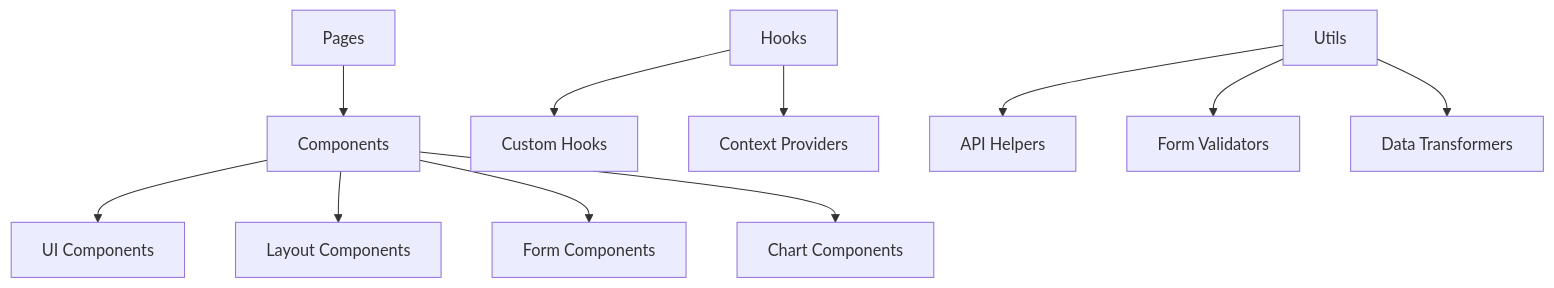
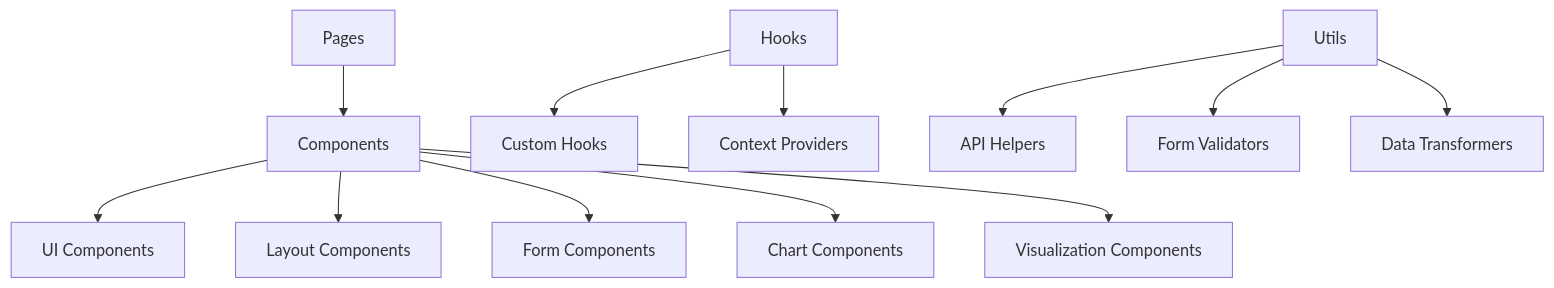
One commit to Skobyn/vercel-fft changed the first of 2 diagrams in memory-bank/systemPatterns.md. Above: the diagram before and after it, drawn with Mermaid. The commit also changed other lines of this file and 2 other files, not shown here.

Commit message:
docs: add Advanced Savings and Forecasting feature to project roadmap

````diff
--- a/memory-bank/systemPatterns.md
+++ b/memory-bank/systemPatterns.md
@@ -6,13 +6,14 @@
 ```mermaid
 graph TD
     A[Pages] --> B[Components]
     B --> C[UI Components]
     B --> D[Layout Components]
     B --> E[Form Components]
     B --> F[Chart Components]
+    B --> V[Visualization Components]
     G[Hooks] --> H[Custom Hooks]
     G --> I[Context Providers]
     J[Utils] --> K[API Helpers]
     J --> L[Form Validators]
     J --> M[Data Transformers]
 ```
````
